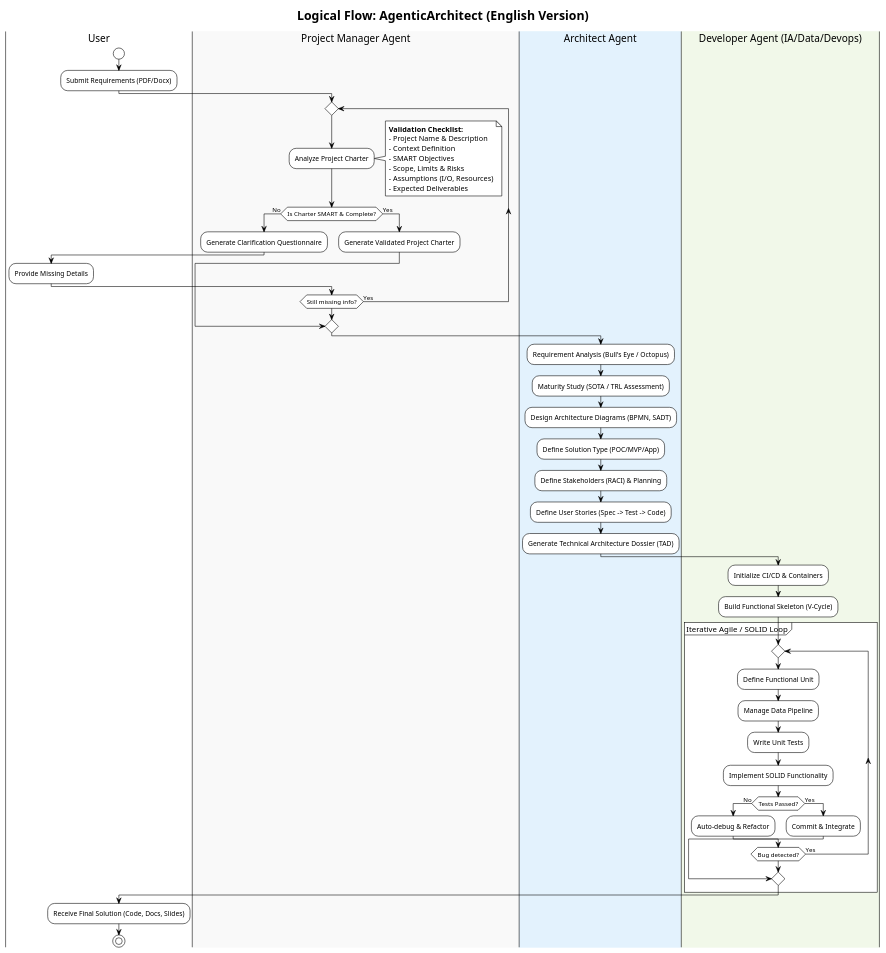
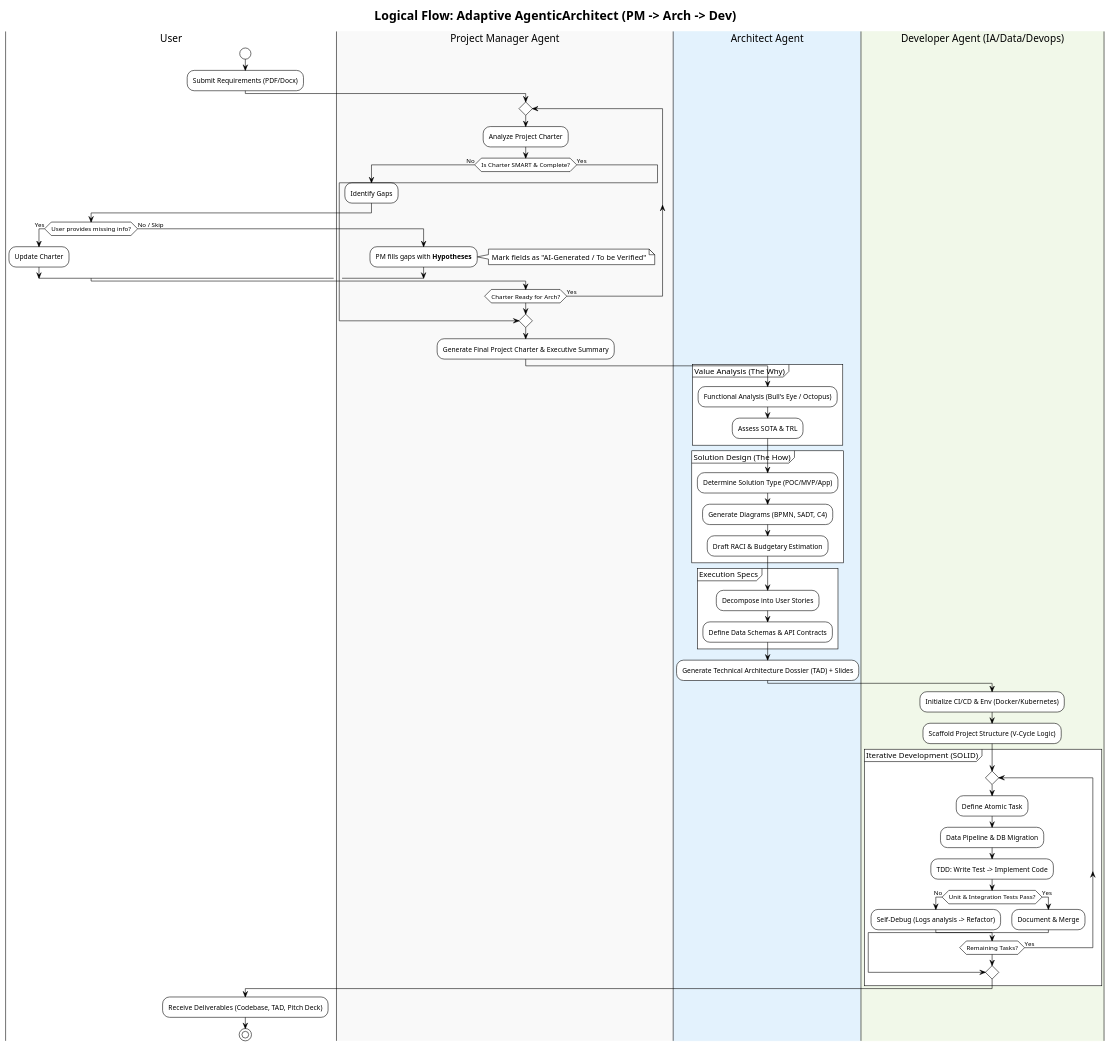
One commit to fabienfrfr/AgenticArchitect changed the diagram in docs/logical_archi.puml. Above: the diagram before and after it, drawn with PlantUML.

Commit message:
logical architecture v1

```diff
--- a/docs/logical_archi.puml
+++ b/docs/logical_archi.puml
@@ -1,67 +1,68 @@
-@startuml AgenticArchitect_Corrected_Workflow
+@startuml AgenticArchitect_Adaptive_Workflow
 !theme plain
 skinparam ConditionEndStyle hline
 
-title Logical Flow: AgenticArchitect (English Version)
+title Logical Flow: Adaptive AgenticArchitect (PM -> Arch -> Dev)
 
 |User|
 start
 :Submit Requirements (PDF/Docx);
 
 |#F9F9F9|Project Manager Agent|
 repeat
   :Analyze Project Charter;
-  note right
-    **Validation Checklist:**
-    - Project Name & Description
-    - Context Definition
-    - SMART Objectives
-    - Scope, Limits & Risks
-    - Assumptions (I/O, Resources)
-    - Expected Deliverables
-  end note
-  
   if (Is Charter SMART & Complete?) then (No)
-    :Generate Clarification Questionnaire;
+    :Identify Gaps;
     |User|
-    :Provide Missing Details;
-    |#F9F9F9|Project Manager Agent|
+    if (User provides missing info?) then (Yes)
+      :Update Charter;
+      |#F9F9F9|Project Manager Agent|
+    else (No / Skip)
+      :PM fills gaps with **Hypotheses**;
+      note right: Mark fields as "AI-Generated / To be Verified"
+    endif
   else (Yes)
-    :Generate Validated Project Charter;
     break
   endif
-repeat while (Still missing info?) is (Yes)
+repeat while (Charter Ready for Arch?) is (Yes)
+:Generate Final Project Charter & Executive Summary;
 
 |#E3F2FD|Architect Agent|
-:Requirement Analysis (Bull's Eye / Octopus);
-:Maturity Study (SOTA / TRL Assessment);
-:Design Architecture Diagrams (BPMN, SADT);
-:Define Solution Type (POC/MVP/App);
-:Define Stakeholders (RACI) & Planning;
-:Define User Stories (Spec -> Test -> Code);
-:Generate Technical Architecture Dossier (TAD);
+partition "Value Analysis (The Why)" {
+  :Functional Analysis (Bull's Eye / Octopus);
+  :Assess SOTA & TRL;
+}
+partition "Solution Design (The How)" {
+  :Determine Solution Type (POC/MVP/App);
+  :Generate Diagrams (BPMN, SADT, C4);
+  :Draft RACI & Budgetary Estimation;
+}
+partition "Execution Specs" {
+  :Decompose into User Stories;
+  :Define Data Schemas & API Contracts;
+}
+:Generate Technical Architecture Dossier (TAD) + Slides;
 
 |#F1F8E9|Developer Agent (IA/Data/Devops)|
-:Initialize CI/CD & Containers;
-:Build Functional Skeleton (V-Cycle);
+:Initialize CI/CD & Env (Docker/Kubernetes);
+:Scaffold Project Structure (V-Cycle Logic);
 
-partition "Iterative Agile / SOLID Loop" {
+partition "Iterative Development (SOLID)" {
   repeat
-    :Define Functional Unit;
-    :Manage Data Pipeline;
-    :Write Unit Tests;
-    :Implement SOLID Functionality;
-    if (Tests Passed?) then (No)
-      :Auto-debug & Refactor;
+    :Define Atomic Task;
+    :Data Pipeline & DB Migration;
+    :TDD: Write Test -> Implement Code;
+    if (Unit & Integration Tests Pass?) then (No)
+      :Self-Debug (Logs analysis -> Refactor);
     else (Yes)
-      :Commit & Integrate;
+      :Document & Merge;
       break
     endif
-  repeat while (Bug detected?) is (Yes)
+  repeat while (Remaining Tasks?) is (Yes)
 }
 
 |User|
-:Receive Final Solution (Code, Docs, Slides);
+:Receive Deliverables (Codebase, TAD, Pitch Deck);
 stop
 
 @enduml
```
